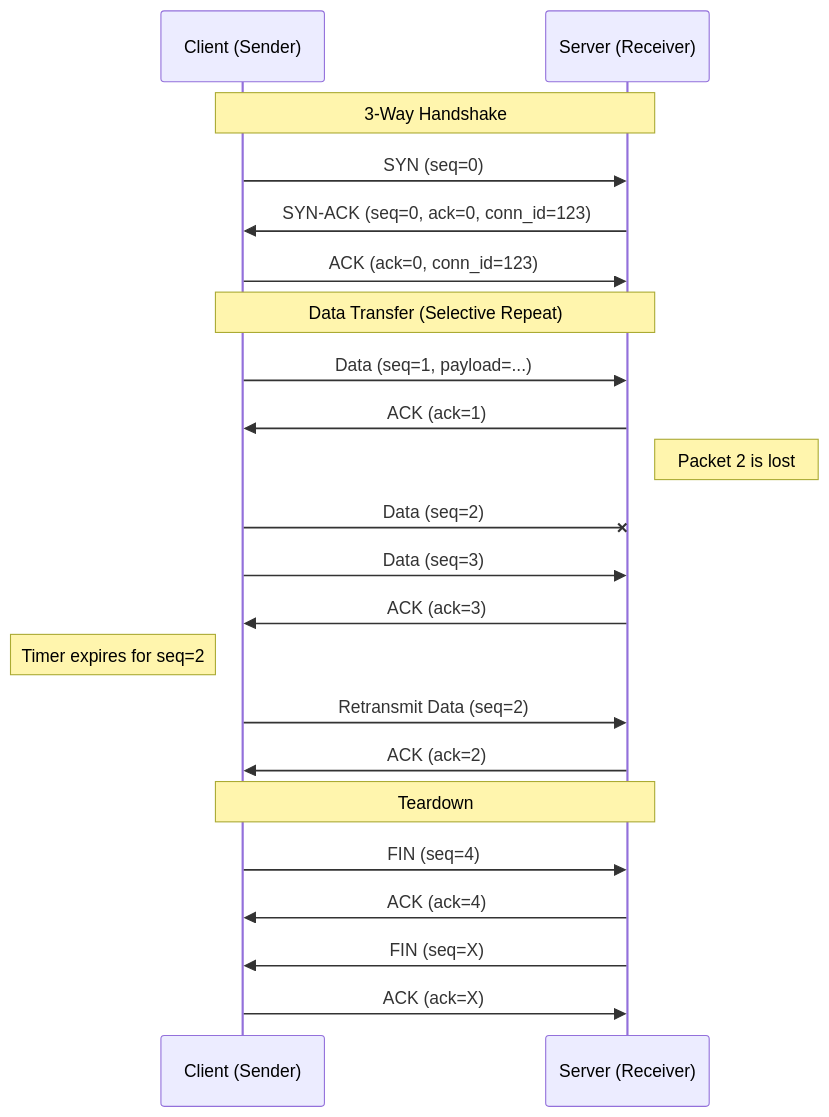
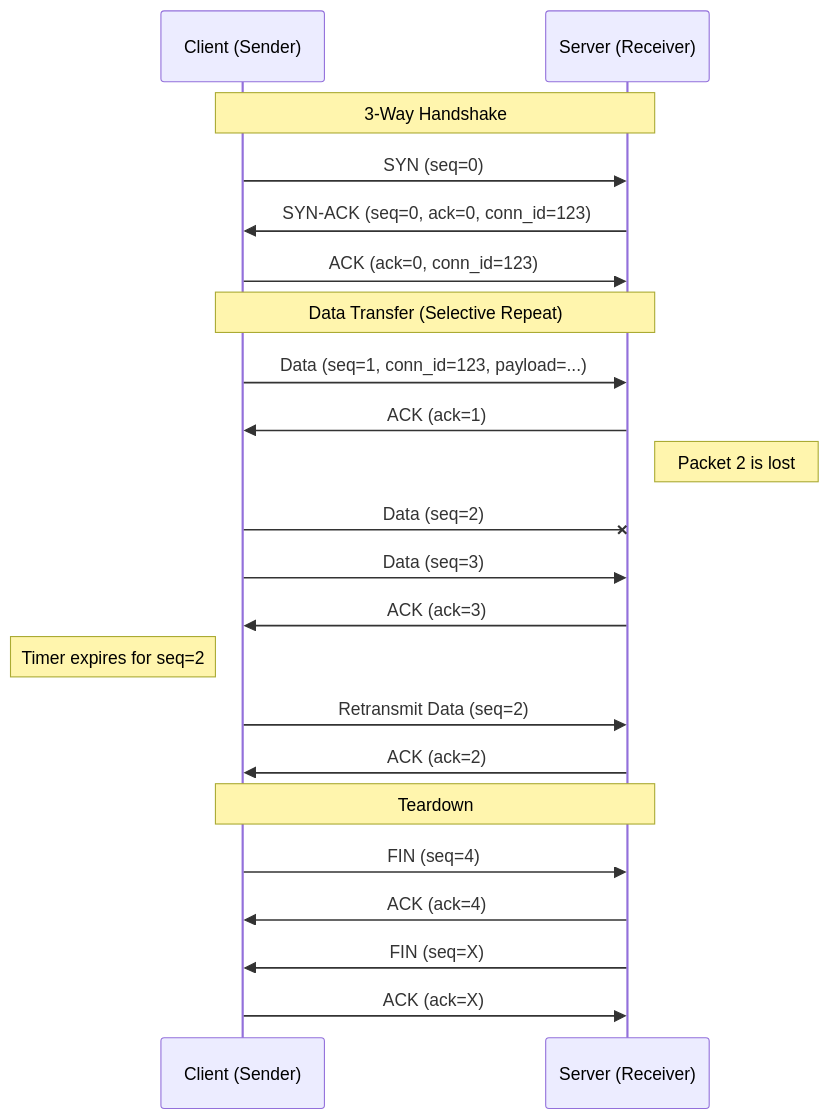
Before and after one commit to JosefAmbruz/udp-rdt: the diagram in README.md, drawn with Mermaid. The commit also changed other lines of this file and 2 other files, not shown here.

````diff
--- a/README.md
+++ b/README.md
@@ -79,29 +104,29 @@
 ```mermaid
 sequenceDiagram
   participant C as Client (Sender)
   participant S as Server (Receiver)
 
   Note over C,S: 3-Way Handshake
   C->>S: SYN (seq=0)
   S->>C: SYN-ACK (seq=0, ack=0, conn_id=123)
   C->>S: ACK (ack=0, conn_id=123)
 
   Note over C,S: Data Transfer (Selective Repeat)
-  C->>S: Data (seq=1, payload=...)
+  C->>S: Data (seq=1, conn_id=123, payload=...)
   S->>C: ACK (ack=1)
 
   Note right of S: Packet 2 is lost
   C-xS: Data (seq=2)
   C->>S: Data (seq=3)
   S->>C: ACK (ack=3)
 
   Note left of C: Timer expires for seq=2
   C->>S: Retransmit Data (seq=2)
   S->>C: ACK (ack=2)
 
   Note over C,S: Teardown
   C->>S: FIN (seq=4)
   S->>C: ACK (ack=4)
   S->>C: FIN (seq=X)
   C->>S: ACK (ack=X)
 ```
````
